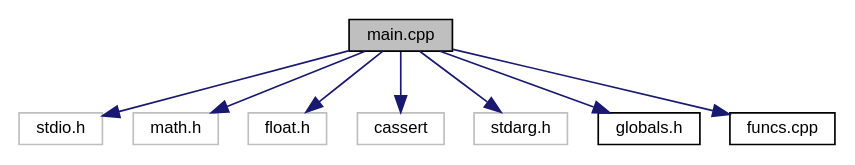
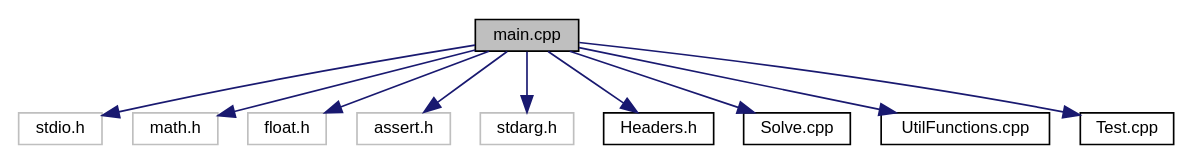
The diagram in docs/main_8cpp__incl.dot (dainbow/quadro), drawn with Graphviz before and after one commit. The commit also changed 44 other files, not shown here.

Commit message:
Divide func.cpp to 3 diff funcs

```diff
--- a/docs/main_8cpp__incl.dot
+++ b/docs/main_8cpp__incl.dot
@@ -1,21 +1,25 @@
 digraph "main.cpp"
 {
  // LATEX_PDF_SIZE
   edge [fontname="Helvetica",fontsize="10",labelfontname="Helvetica",labelfontsize="10"];
   node [fontname="Helvetica",fontsize="10",shape=record];
   Node1 [label="main.cpp",height=0.2,width=0.4,color="black", fillcolor="grey75", style="filled", fontcolor="black",tooltip=" "];
   Node1 -> Node2 [color="midnightblue",fontsize="10",style="solid",fontname="Helvetica"];
   Node2 [label="stdio.h",height=0.2,width=0.4,color="grey75", fillcolor="white", style="filled",tooltip=" "];
   Node1 -> Node3 [color="midnightblue",fontsize="10",style="solid",fontname="Helvetica"];
   Node3 [label="math.h",height=0.2,width=0.4,color="grey75", fillcolor="white", style="filled",tooltip=" "];
   Node1 -> Node4 [color="midnightblue",fontsize="10",style="solid",fontname="Helvetica"];
   Node4 [label="float.h",height=0.2,width=0.4,color="grey75", fillcolor="white", style="filled",tooltip=" "];
   Node1 -> Node5 [color="midnightblue",fontsize="10",style="solid",fontname="Helvetica"];
-  Node5 [label="cassert",height=0.2,width=0.4,color="grey75", fillcolor="white", style="filled",tooltip=" "];
+  Node5 [label="assert.h",height=0.2,width=0.4,color="grey75", fillcolor="white", style="filled",tooltip=" "];
   Node1 -> Node6 [color="midnightblue",fontsize="10",style="solid",fontname="Helvetica"];
   Node6 [label="stdarg.h",height=0.2,width=0.4,color="grey75", fillcolor="white", style="filled",tooltip=" "];
   Node1 -> Node7 [color="midnightblue",fontsize="10",style="solid",fontname="Helvetica"];
-  Node7 [label="globals.h",height=0.2,width=0.4,color="black", fillcolor="white", style="filled",URL="$globals_8h.html",tooltip=" "];
+  Node7 [label="Headers.h",height=0.2,width=0.4,color="black", fillcolor="white", style="filled",URL="$_headers_8h.html",tooltip=" "];
   Node1 -> Node8 [color="midnightblue",fontsize="10",style="solid",fontname="Helvetica"];
-  Node8 [label="funcs.cpp",height=0.2,width=0.4,color="black", fillcolor="white", style="filled",URL="$funcs_8cpp.html",tooltip=" "];
+  Node8 [label="Solve.cpp",height=0.2,width=0.4,color="black", fillcolor="white", style="filled",URL="$_solve_8cpp.html",tooltip=" "];
+  Node1 -> Node9 [color="midnightblue",fontsize="10",style="solid",fontname="Helvetica"];
+  Node9 [label="UtilFunctions.cpp",height=0.2,width=0.4,color="black", fillcolor="white", style="filled",URL="$_util_functions_8cpp.html",tooltip=" "];
+  Node1 -> Node10 [color="midnightblue",fontsize="10",style="solid",fontname="Helvetica"];
+  Node10 [label="Test.cpp",height=0.2,width=0.4,color="black", fillcolor="white", style="filled",URL="$_test_8cpp.html",tooltip=" "];
 }
```
